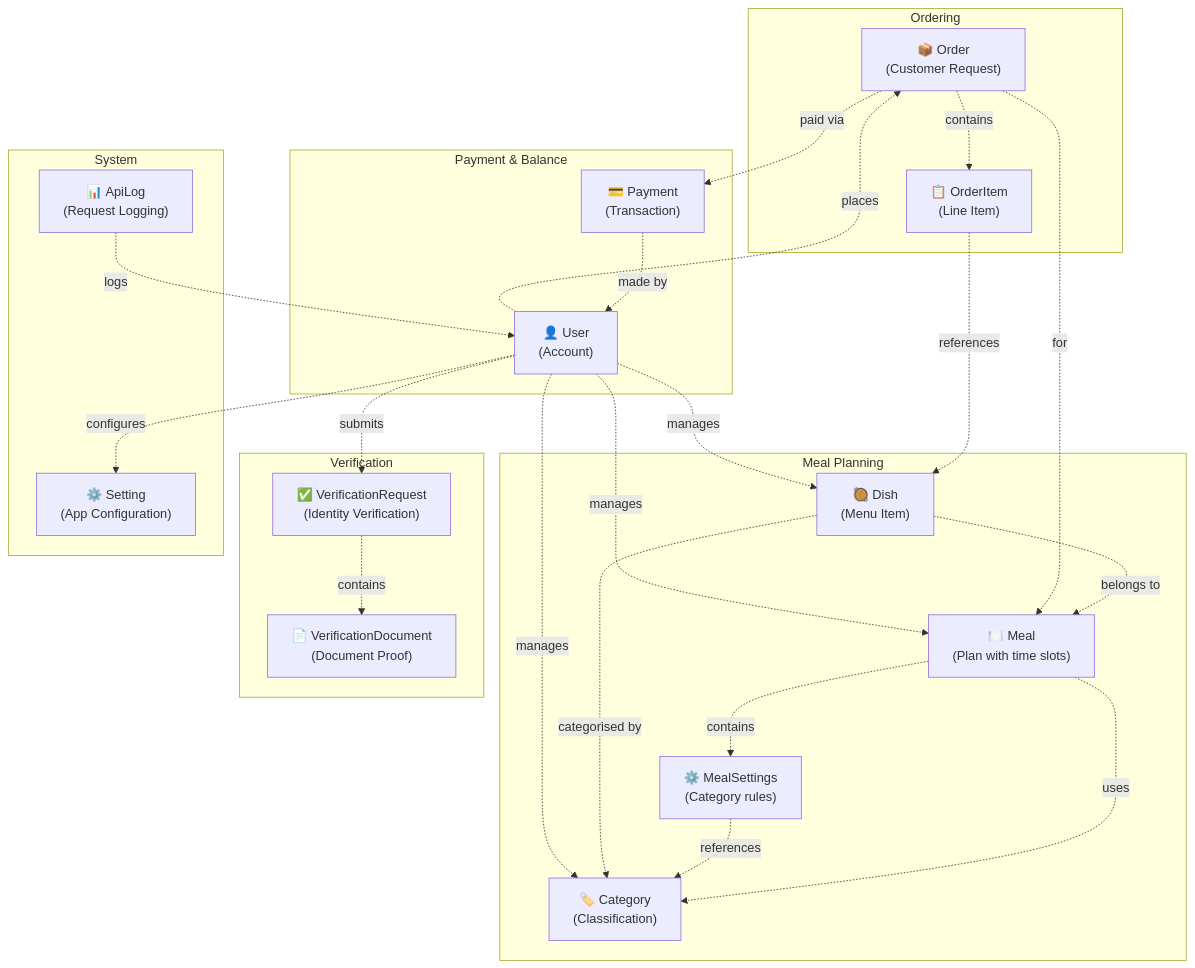
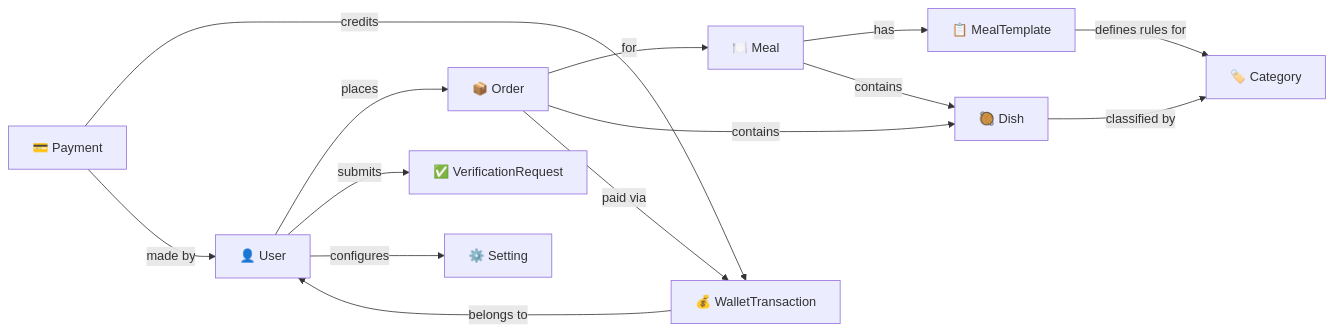
One commit to TieHung23/SmartCanteen changed the diagram in AI/conceptual_diagram.md. Above: the diagram before and after it, drawn with Mermaid. The commit also changed other lines of this file and 61 other files, not shown here.

Commit message:
Update table user, order, order item

````diff
--- a/AI/conceptual_diagram.md
+++ b/AI/conceptual_diagram.md
@@ -5,53 +5,30 @@
 ```mermaid
-graph TB
-    subgraph "Meal Planning"
-        Meal["🍽️ Meal<br/>(Plan with time slots)"]
-        Dish["🥘 Dish<br/>(Menu Item)"]
-        Category["🏷️ Category<br/>(Classification)"]
-        MealSettings["⚙️ MealSettings<br/>(Category rules)"]
-    end
+graph LR
+    User["👤 User"]
+    Meal["🍽️ Meal"]
+    Dish["🥘 Dish"]
+    Category["🏷️ Category"]
+    MealTemplate["📋 MealTemplate"]
+    Order["📦 Order"]
+    Payment["💳 Payment"]
+    WalletTransaction["💰 WalletTransaction"]
+    VerificationRequest["✅ VerificationRequest"]
+    Setting["⚙️ Setting"]
 
-    subgraph "Ordering"
-        Order["📦 Order<br/>(Customer Request)"]
-        OrderItem["📋 OrderItem<br/>(Line Item)"]
-    end
+    Meal -->|has| MealTemplate
+    Meal -->|contains| Dish
+    Dish -->|classified by| Category
+    MealTemplate -->|defines rules for| Category
 
-    subgraph "Payment & Balance"
-        Payment["💳 Payment<br/>(Transaction)"]
-        User["👤 User<br/>(Account)"]
-    end
+    Order -->|for| Meal
+    Order -->|contains| Dish
+    Order -->|paid via| WalletTransaction
 
-    subgraph "Verification"
-        VerificationRequest["✅ VerificationRequest<br/>(Identity Verification)"]
-        VerificationDocument["📄 VerificationDocument<br/>(Document Proof)"]
-    end
+    Payment -->|credits| WalletTransaction
+    WalletTransaction -->|belongs to| User
+    Payment -->|made by| User
 
-    subgraph "System"
-        Setting["⚙️ Setting<br/>(App Configuration)"]
-        ApiLog["📊 ApiLog<br/>(Request Logging)"]
-    end
-
-    Meal -. "uses" .-> Category
-    Meal -. "contains" .-> MealSettings
-    MealSettings -. "references" .-> Category
-
-    Dish -. "belongs to" .-> Meal
-    Dish -. "categorised by" .-> Category
-
-    Order -. "for" .-> Meal
-    Order -. "contains" .-> OrderItem
-    OrderItem -. "references" .-> Dish
-    Order -. "paid via" .-> Payment
-
-    Payment -. "made by" .-> User
-
-    User -. "places" .-> Order
-    User -. "submits" .-> VerificationRequest
-    VerificationRequest -. "contains" .-> VerificationDocument
-
-    User -. "manages" .-> Meal
-    User -. "manages" .-> Dish
-    User -. "manages" .-> Category
-    User -. "configures" .-> Setting
-    ApiLog -. "logs" .-> User
+    User -->|places| Order
+    User -->|submits| VerificationRequest
+    User -->|configures| Setting
 ```
````
